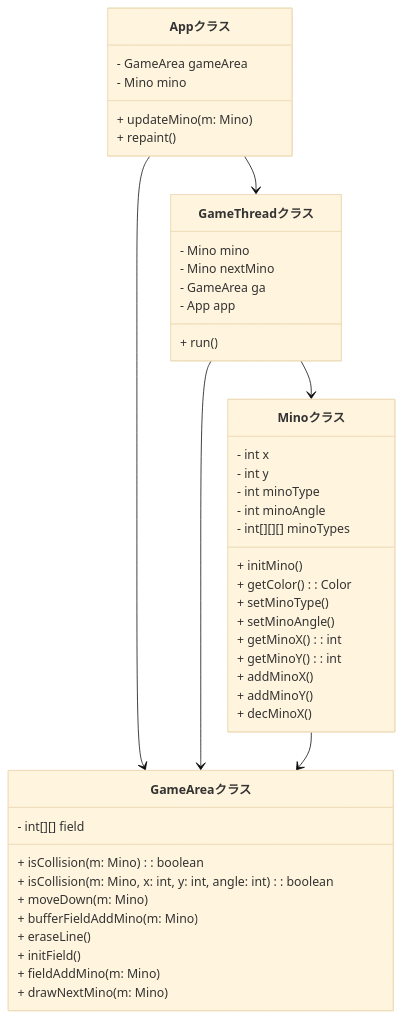
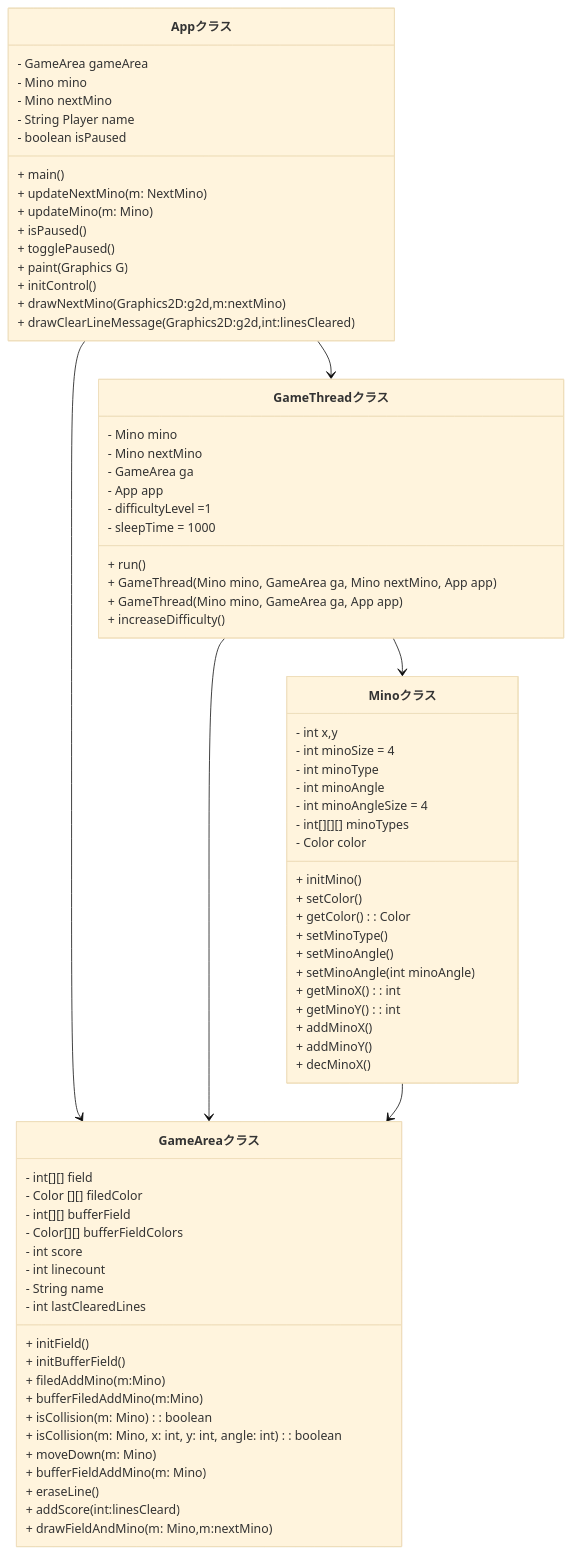
Before and after one commit to keigo66/teamB: the diagram in Desktop/classDia.md, drawn with Mermaid (base theme).

````diff
--- a/Desktop/classDia.md
+++ b/Desktop/classDia.md
@@ -1,52 +1,82 @@
 ```mermaid
 classDiagram
     class Appクラス {
         - GameArea gameArea
         - Mino mino
+        - Mino nextMino
+        - String Player name
+        - boolean isPaused
+        + main()
+        + updateNextMino(m: NextMino)
         + updateMino(m: Mino)
-        + repaint()
+        + isPaused()
+        + togglePaused()
+        + paint(Graphics G)
+        + initControl()
+        + drawNextMino(Graphics2D:g2d,m:nextMino)
+        + drawClearLineMessage(Graphics2D:g2d,int:linesCleared)
     }
 
     class GameAreaクラス {
         - int[][] field
+        - Color [][] filedColor
+        - int[][] bufferField
+        - Color[][] bufferFieldColors
+        - int score
+        - int linecount
+        - String name
+        - int lastClearedLines
+        + initField()
+        + initBufferField()
+        + filedAddMino(m:Mino)
+        + bufferFiledAddMino(m:Mino)
         + isCollision(m: Mino) : boolean
         + isCollision(m: Mino, x: int, y: int, angle: int) : boolean
         + moveDown(m: Mino)
         + bufferFieldAddMino(m: Mino)
         + eraseLine()
-        + initField()
-        + fieldAddMino(m: Mino)
-        + drawNextMino(m: Mino)
+        + addScore(int:linesCleard)
+        + drawFieldAndMino(m: Mino,m:nextMino)
     }
 
     class GameThreadクラス {
         - Mino mino
         - Mino nextMino
         - GameArea ga
         - App app
+        - difficultyLevel =1
+        - sleepTime = 1000
         + run()
+        + GameThread(Mino mino, GameArea ga, Mino nextMino, App app)
+        + GameThread(Mino mino, GameArea ga, App app)
+        + increaseDifficulty()
+
     }
 
     class Minoクラス {
-        - int x
-        - int y
+        - int x,y
+        - int minoSize = 4
         - int minoType
         - int minoAngle
+        - int minoAngleSize = 4
         - int[][][] minoTypes
+        - Color color
         + initMino()
+        + setColor()
         + getColor() : Color
         + setMinoType()
         + setMinoAngle()
+        + setMinoAngle(int minoAngle)
         + getMinoX() : int
         + getMinoY() : int
         + addMinoX()
         + addMinoY()
         + decMinoX()
     }
 
     Appクラス  --> GameThreadクラス
     Appクラス  --> GameAreaクラス
     GameThreadクラス --> GameAreaクラス
     GameThreadクラス  -->  Minoクラス
     Minoクラス  -->  GameAreaクラス
 ```
````
